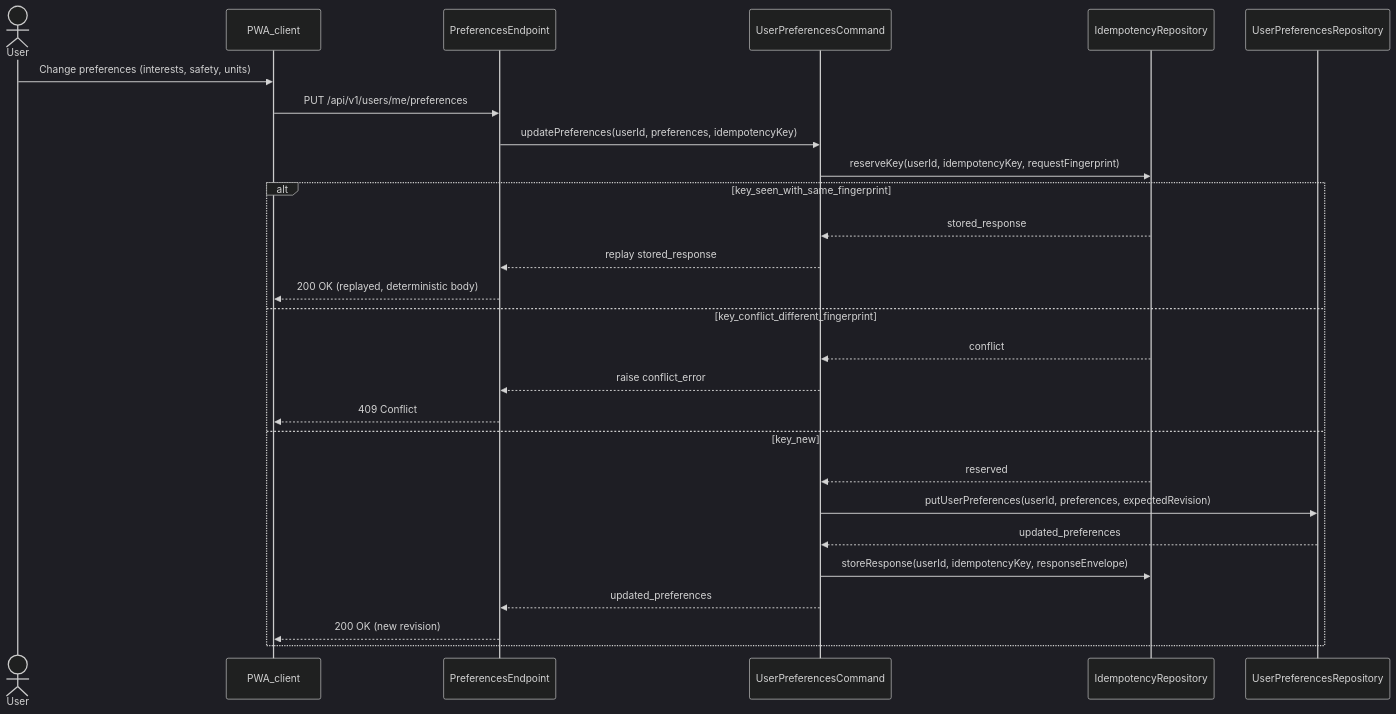
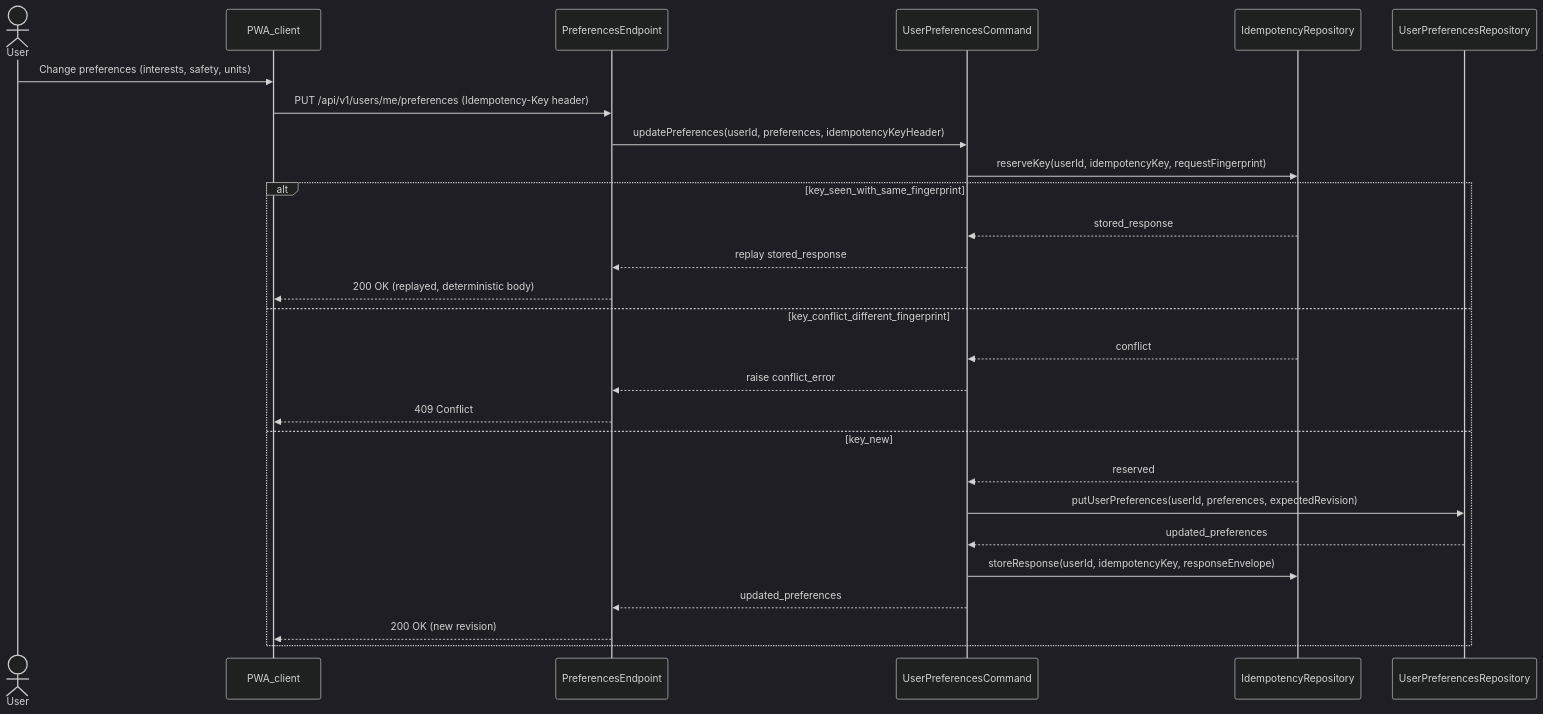
Before and after one commit to leynos/wildside: the fifth of 9 diagrams in docs/wildside-backend-architecture.md, drawn with Mermaid (dark theme). The commit also changed other lines of this file and 1 other file, not shown here.

First line of the commit message:
Clarify PWA preference contracts

````diff
--- a/docs/wildside-backend-architecture.md
+++ b/docs/wildside-backend-architecture.md
@@ -652,31 +660,31 @@
 ```mermaid
 sequenceDiagram
   actor User
   participant PWA as PWA_client
   participant API as PreferencesEndpoint
   participant Cmd as UserPreferencesCommand
   participant IdRepo as IdempotencyRepository
   participant PrefRepo as UserPreferencesRepository
 
   User->>PWA: Change preferences (interests, safety, units)
-  PWA->>API: PUT /api/v1/users/me/preferences
-  API->>Cmd: updatePreferences(userId, preferences, idempotencyKey)
+  PWA->>API: PUT /api/v1/users/me/preferences (Idempotency-Key header)
+  API->>Cmd: updatePreferences(userId, preferences, idempotencyKeyHeader)
 
   Cmd->>IdRepo: reserveKey(userId, idempotencyKey, requestFingerprint)
   alt key_seen_with_same_fingerprint
     IdRepo-->>Cmd: stored_response
     Cmd-->>API: replay stored_response
     API-->>PWA: 200 OK (replayed, deterministic body)
   else key_conflict_different_fingerprint
     IdRepo-->>Cmd: conflict
     Cmd-->>API: raise conflict_error
     API-->>PWA: 409 Conflict
   else key_new
     IdRepo-->>Cmd: reserved
     Cmd->>PrefRepo: putUserPreferences(userId, preferences, expectedRevision)
     PrefRepo-->>Cmd: updated_preferences
     Cmd->>IdRepo: storeResponse(userId, idempotencyKey, responseEnvelope)
     Cmd-->>API: updated_preferences
     API-->>PWA: 200 OK (new revision)
   end
 ```
````
